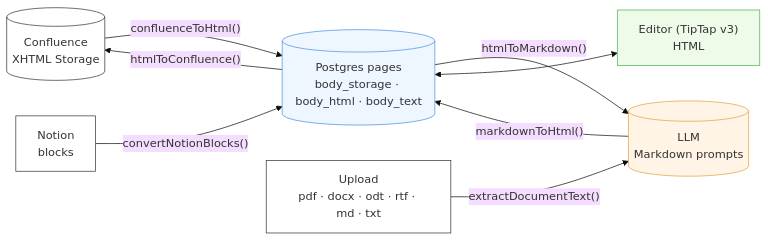
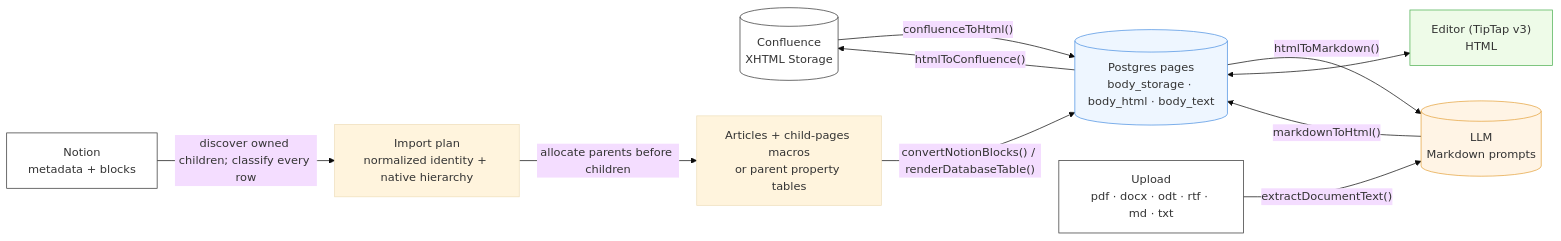
The first of 2 diagrams in docs/architecture/11-content-pipeline.md (Compendiq/compendiq-ce), drawn with Mermaid (base theme) before and after one commit. The commit also changed other lines of this file and 14 other files, not shown here.

Commit message:
fix(notion): preserve wiki hierarchy and fold property-only databases

````diff
--- a/docs/architecture/11-content-pipeline.md
+++ b/docs/architecture/11-content-pipeline.md
@@ -44,29 +44,33 @@
 ```mermaid
 flowchart LR
     CF[("Confluence<br/>XHTML Storage")]
     DB[("Postgres pages<br/>body_storage · body_html · body_text")]
     LLM[("LLM<br/>Markdown prompts")]
     ED["Editor (TipTap v3)<br/>HTML"]
 
     UP["Upload<br/>pdf · docx · odt · rtf · md · txt"]
-    NT["Notion<br/>blocks"]
+    NT["Notion<br/>metadata + blocks"]
+    NP["Import plan<br/>normalized identity + native hierarchy"]
+    NC["Articles + child-pages macros<br/>or parent property tables"]
 
     CF -- "confluenceToHtml()" --> DB
     DB -- "htmlToConfluence()" --> CF
     DB -- "htmlToMarkdown()" --> LLM
     LLM -- "markdownToHtml()" --> DB
     DB <--> ED
     UP -- "extractDocumentText()" --> LLM
-    NT -- "convertNotionBlocks()" --> DB
+    NT -- "discover owned children; classify every row" --> NP
+    NP -- "allocate parents before children" --> NC
+    NC -- "convertNotionBlocks() / renderDatabaseTable()" --> DB
 
     classDef ext fill:#fff,stroke:#333
     classDef data fill:#eef6ff,stroke:#4a90e2
     classDef ai fill:#fff4e5,stroke:#e5a23c
     classDef ui fill:#eefbe8,stroke:#4caf50
     class CF ext
     class UP ext
     class NT ext
     class DB data
     class LLM ai
     class ED ui
 ```
````
